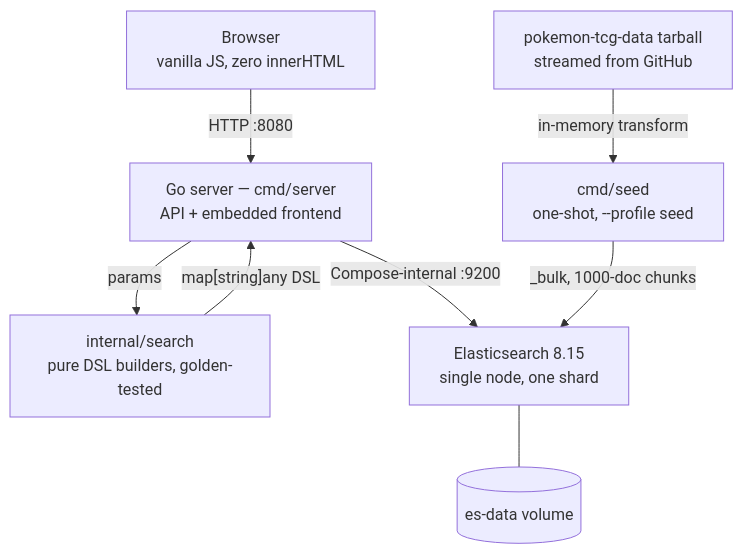
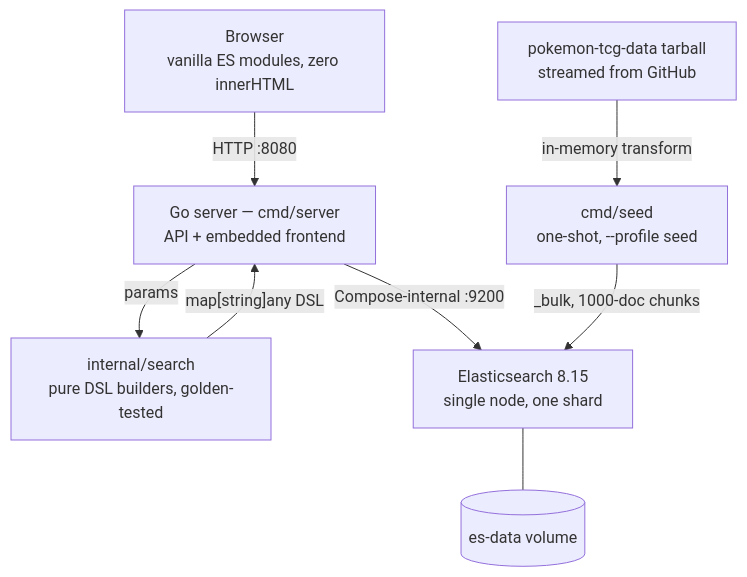
Before and after one commit to AndresThePerez/PokeSearch: the diagram in README.md, drawn with Mermaid. The commit also changed other lines of this file and 12 other files, not shown here.

````diff
--- a/README.md
+++ b/README.md
@@ -173,18 +173,18 @@
 ```mermaid
 flowchart TD
-    B["Browser<br/>vanilla JS, zero innerHTML"]
+    B["Browser<br/>vanilla ES modules, zero innerHTML"]
     S["Go server — cmd/server<br/>API + embedded frontend"]
     Q["internal/search<br/>pure DSL builders, golden-tested"]
     E["Elasticsearch 8.15<br/>single node, one shard"]
     V[("es-data volume")]
     D["cmd/seed<br/>one-shot, --profile seed"]
     G["pokemon-tcg-data tarball<br/>streamed from GitHub"]
 
     B -- "HTTP :8080" --> S
     S -- "params" --> Q
     Q -- "map[string]any DSL" --> S
     S -- "Compose-internal :9200" --> E
     E --- V
     G -- "in-memory transform" --> D
     D -- "_bulk, 1000-doc chunks" --> E
 ```
````
